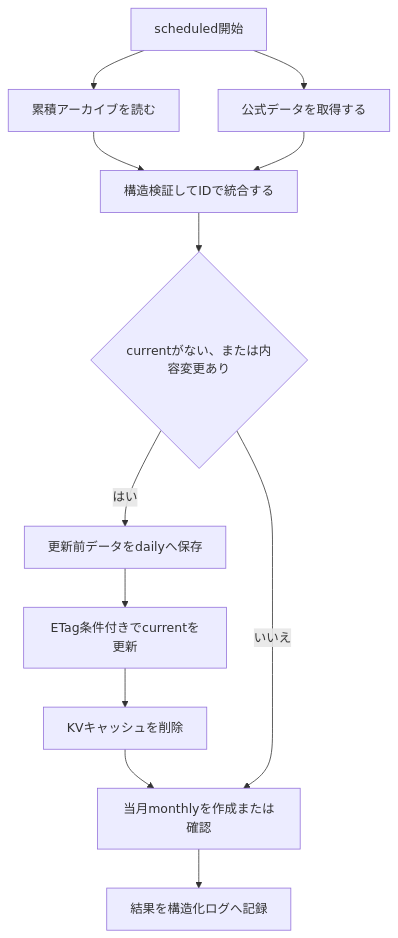
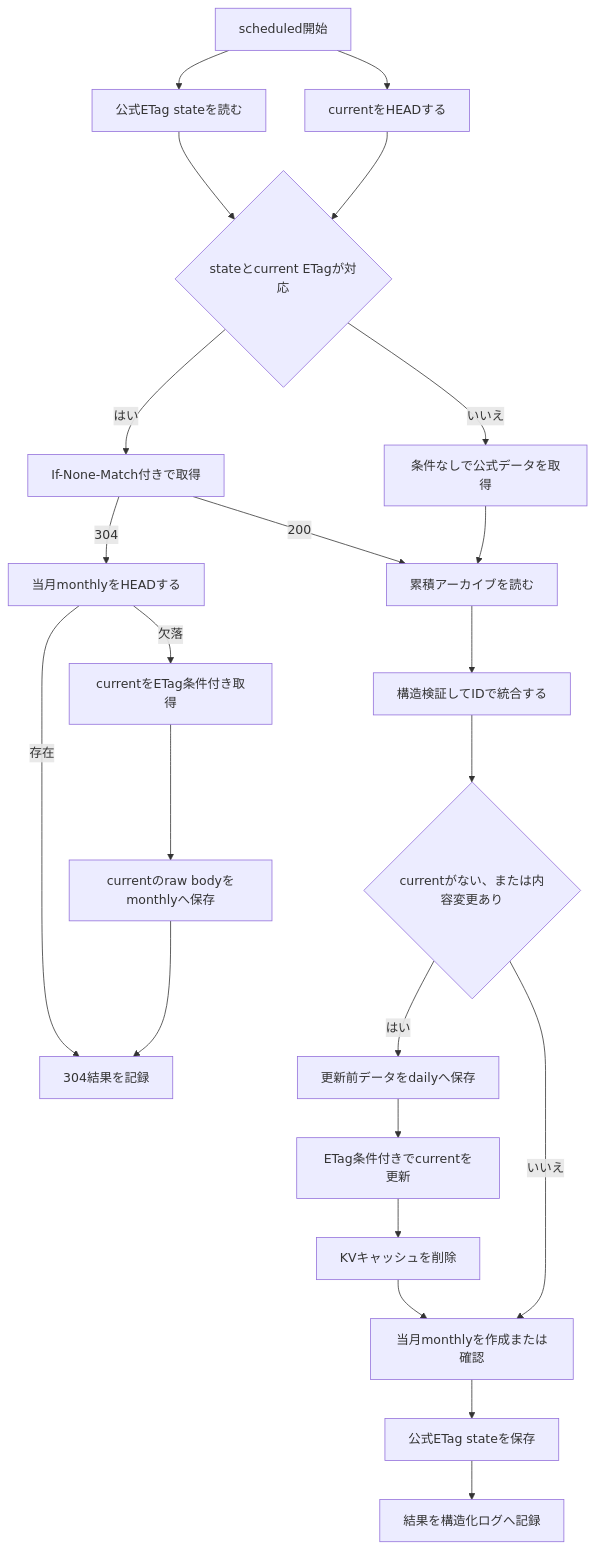
The diagram in docs/news-archive-spec.md (reamkf/kf3-notification-search), drawn with Mermaid before and after one commit. The commit also changed other lines of this file and 6 other files, not shown here.

````diff
--- a/docs/news-archive-spec.md
+++ b/docs/news-archive-spec.md
@@ -117,14 +131,25 @@
 ```mermaid
 flowchart TD
-    Start[scheduled開始] --> Read[累積アーカイブを読む]
-    Start --> Fetch[公式データを取得する]
+    Start[scheduled開始] --> State[公式ETag stateを読む]
+    Start --> Head[currentをHEADする]
+    State --> Eligible{stateとcurrent ETagが対応}
+    Head --> Eligible
+    Eligible -->|いいえ| FullFetch[条件なしで公式データを取得]
+    Eligible -->|はい| ConditionalFetch[If-None-Match付きで取得]
+    ConditionalFetch -->|200| Read[累積アーカイブを読む]
+    FullFetch --> Read
+    ConditionalFetch -->|304| MonthlyCheck[当月monthlyをHEADする]
+    MonthlyCheck -->|存在| Log304[304結果を記録]
+    MonthlyCheck -->|欠落| StreamCurrent[currentをETag条件付き取得]
+    StreamCurrent --> MonthlyCreate[currentのraw bodyをmonthlyへ保存]
     Read --> Validate[構造検証してIDで統合する]
-    Fetch --> Validate
     Validate --> Changed{currentがない、または内容変更あり}
     Changed -->|はい| Daily[更新前データをdailyへ保存]
     Daily --> Current[ETag条件付きでcurrentを更新]
     Current --> Cache[KVキャッシュを削除]
     Cache --> Monthly[当月monthlyを作成または確認]
     Changed -->|いいえ| Monthly
-    Monthly --> Log[結果を構造化ログへ記録]
+    Monthly --> StateSave[公式ETag stateを保存]
+    StateSave --> Log[結果を構造化ログへ記録]
+    MonthlyCreate --> Log304
 ```
````
